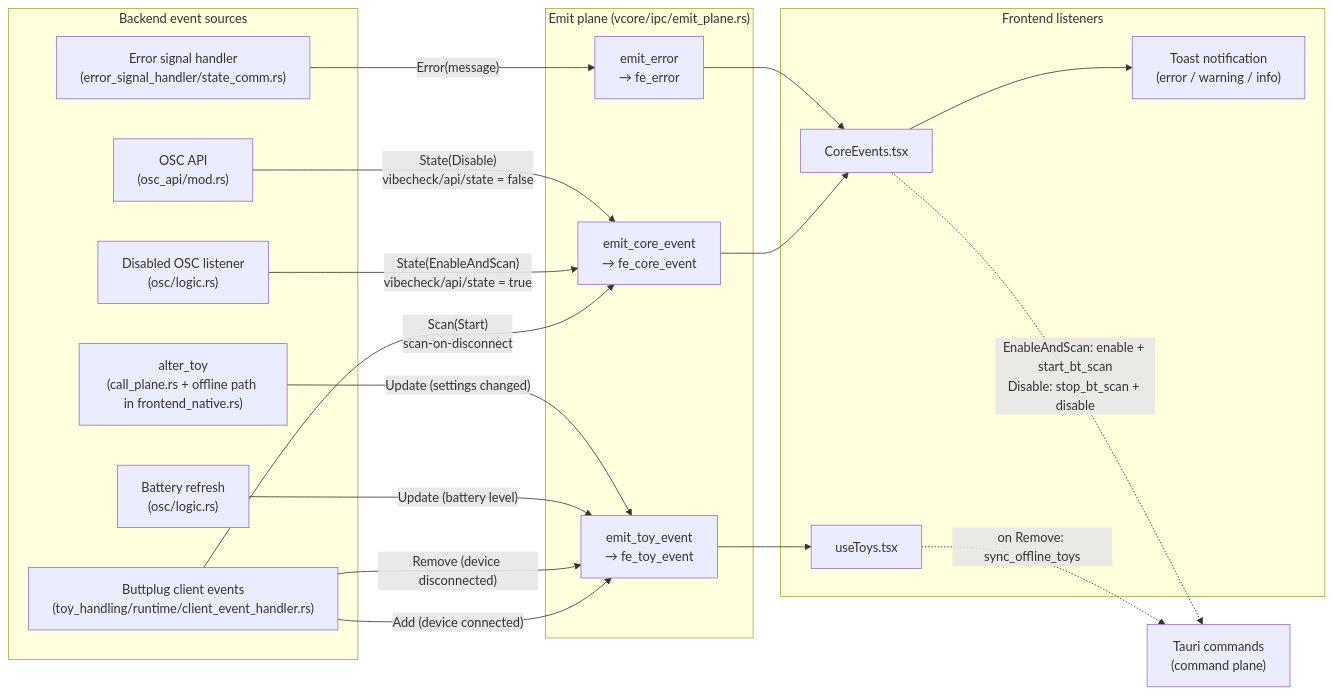
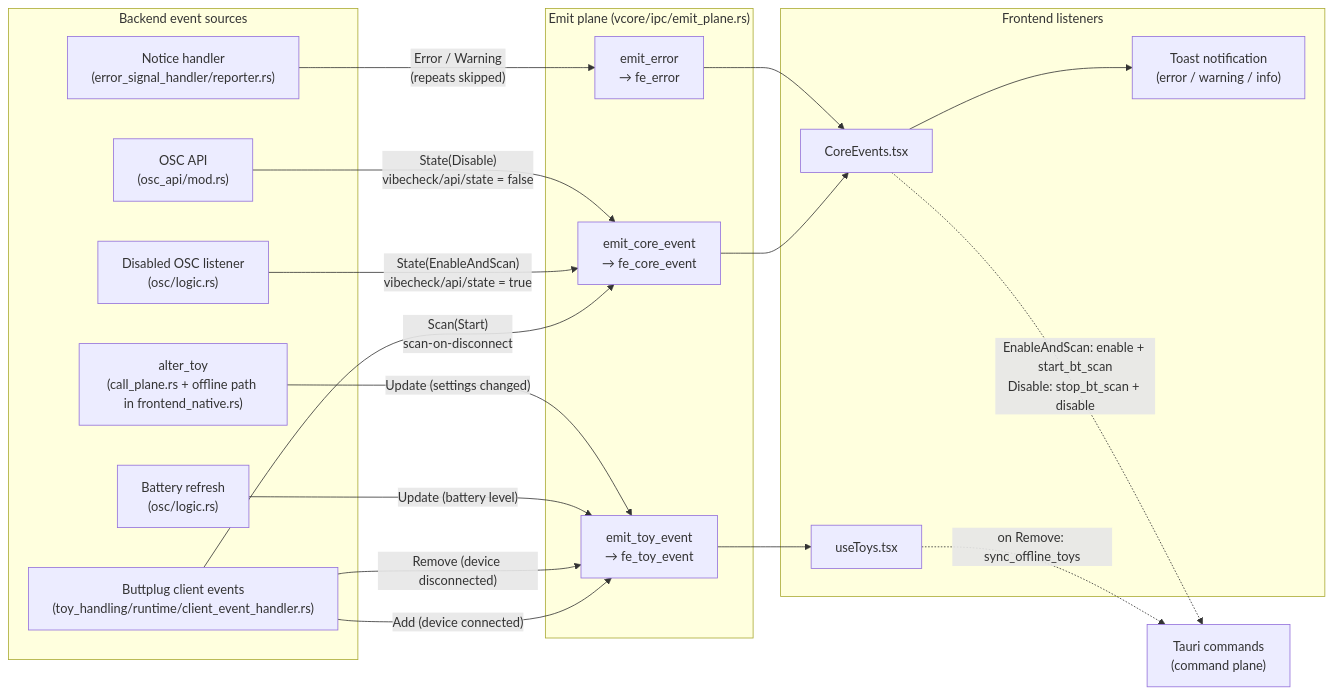
One commit to SutekhVRC/VibeCheck changed the diagram in docs/ipc/emit-plane.md. Above: the diagram before and after it, drawn with Mermaid. The commit also changed other lines of this file and 5 other files, not shown here.

````diff
--- a/docs/ipc/emit-plane.md
+++ b/docs/ipc/emit-plane.md
@@ -9,42 +9,42 @@
 ```mermaid
 flowchart LR
   subgraph SRC["Backend event sources"]
     BCE["Buttplug client events<br/>(toy_handling/runtime/client_event_handler.rs)"]
     OSCL["Disabled OSC listener<br/>(osc/logic.rs)"]
     BAT["Battery refresh<br/>(osc/logic.rs)"]
     API["OSC API<br/>(osc_api/mod.rs)"]
     ALT["alter_toy<br/>(call_plane.rs + offline path in frontend_native.rs)"]
-    ERR["Error signal handler<br/>(error_signal_handler/state_comm.rs)"]
+    ERR["Notice handler<br/>(error_signal_handler/reporter.rs)"]
   end
 
   subgraph EP["Emit plane (vcore/ipc/emit_plane.rs)"]
     ETE["emit_toy_event<br/>→ fe_toy_event"]
     ECE["emit_core_event<br/>→ fe_core_event"]
     EER["emit_error<br/>→ fe_error"]
   end
 
   subgraph FE["Frontend listeners"]
     UT["useToys.tsx"]
     CE["CoreEvents.tsx"]
     TOAST["Toast notification<br/>(error / warning / info)"]
   end
 
   CMDS["Tauri commands<br/>(command plane)"]
 
   BCE -- "Add (device connected)" --> ETE
   BCE -- "Remove (device disconnected)" --> ETE
   BCE -- "Scan(Start)<br/>scan-on-disconnect" --> ECE
   BAT -- "Update (battery level)" --> ETE
   ALT -- "Update (settings changed)" --> ETE
   OSCL -- "State(EnableAndScan)<br/>vibecheck/api/state = true" --> ECE
   API -- "State(Disable)<br/>vibecheck/api/state = false" --> ECE
-  ERR -- "Error(message)" --> EER
+  ERR -- "Error / Warning<br/>(repeats skipped)" --> EER
 
   ETE --> UT
   ECE --> CE
   EER --> CE
   CE --> TOAST
 
   UT -. "on Remove: sync_offline_toys" .-> CMDS
   CE -. "EnableAndScan: enable + start_bt_scan<br/>Disable: stop_bt_scan + disable" .-> CMDS
 ```
````
